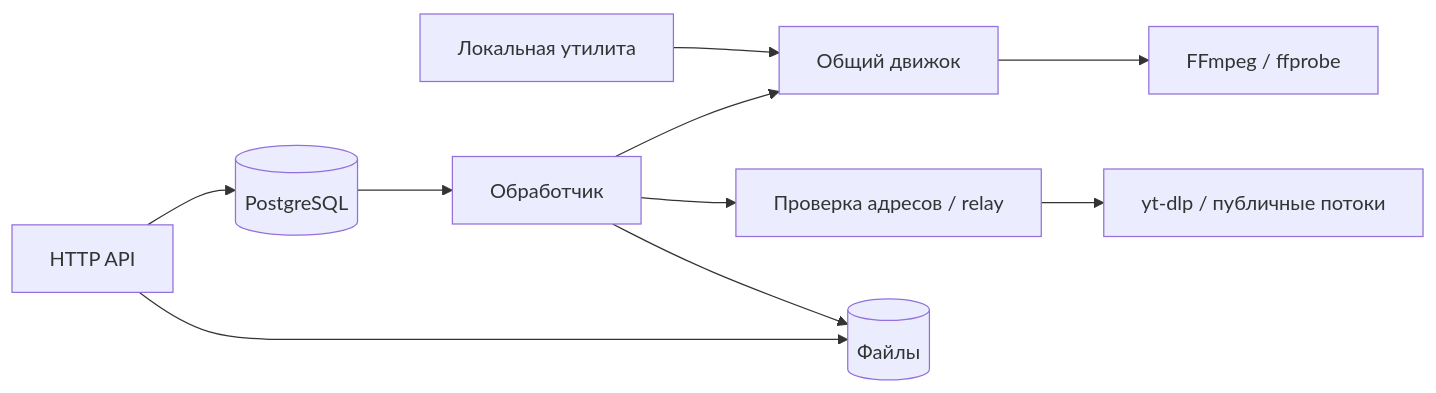
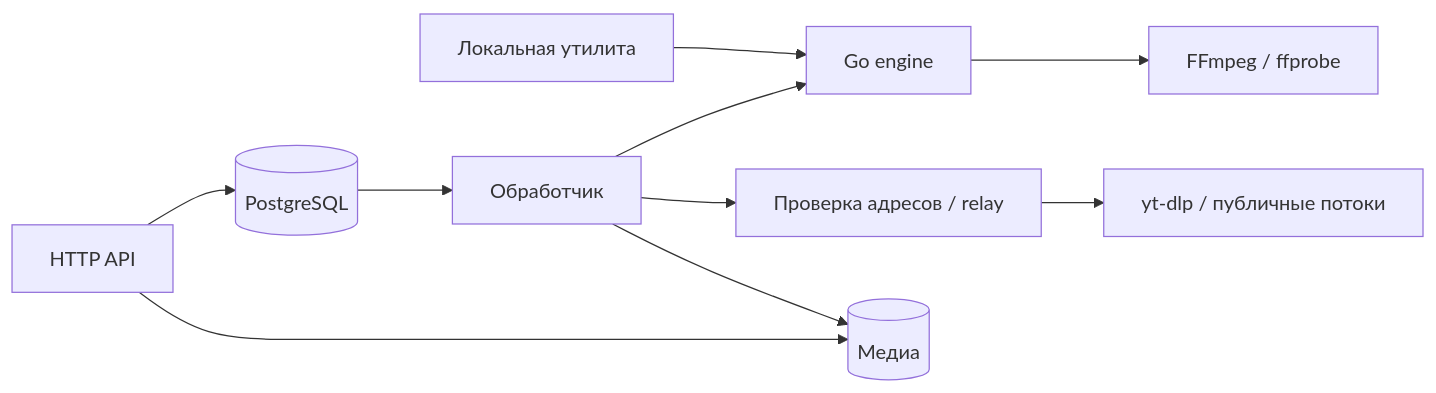
One commit to Kay0k1/cutmyvideo-core changed the diagram in README.md. Above: the diagram before and after it, drawn with Mermaid. The commit also changed other lines of this file and 51 other files, not shown here.

````diff
--- a/README.md
+++ b/README.md
@@ -147,12 +99,12 @@
 ```mermaid
 flowchart LR
-    CLI[Локальная утилита] --> Engine[Общий движок]
-    HTTP[HTTP API] --> DB[(PostgreSQL)]
+    CLI[Локальная утилита] --> Engine[Go engine]
+    API[HTTP API] --> DB[(PostgreSQL)]
     DB --> Worker[Обработчик]
     Worker --> Engine
     Engine --> FF[FFmpeg / ffprobe]
     Worker --> Guard[Проверка адресов / relay]
-    Guard --> Platform[yt-dlp / публичные потоки]
-    Worker --> Disk[(Файлы)]
-    HTTP --> Disk
+    Guard --> Source[yt-dlp / публичные потоки]
+    Worker --> Disk[(Медиа)]
+    API --> Disk
 ```
````
